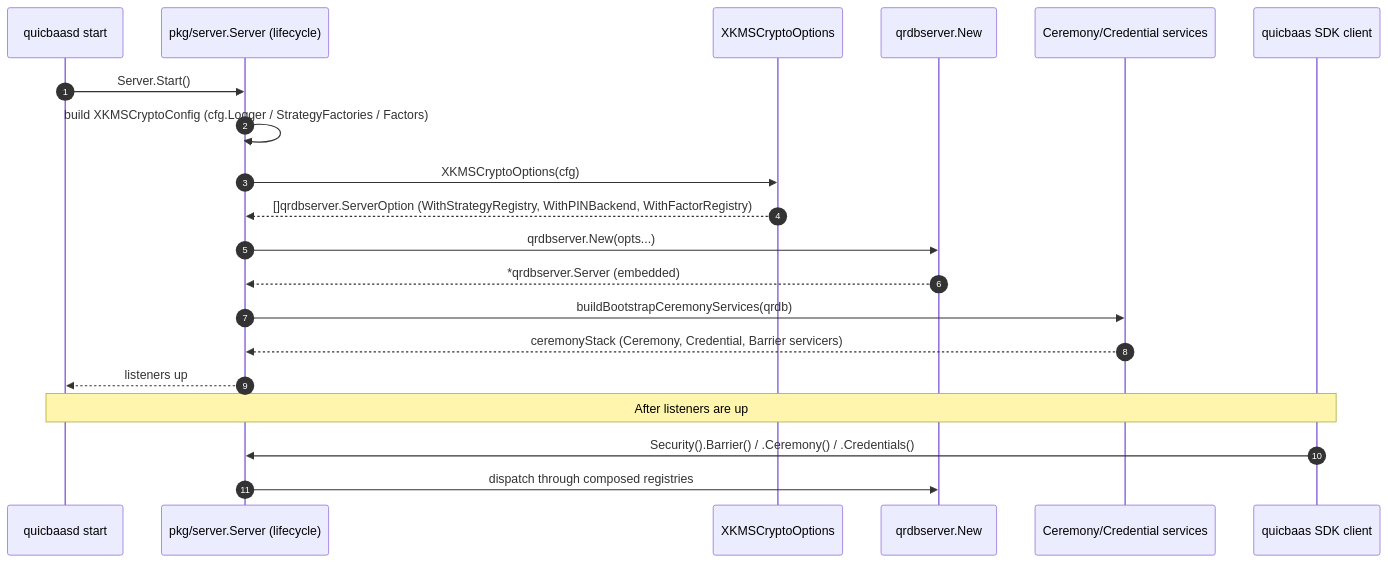
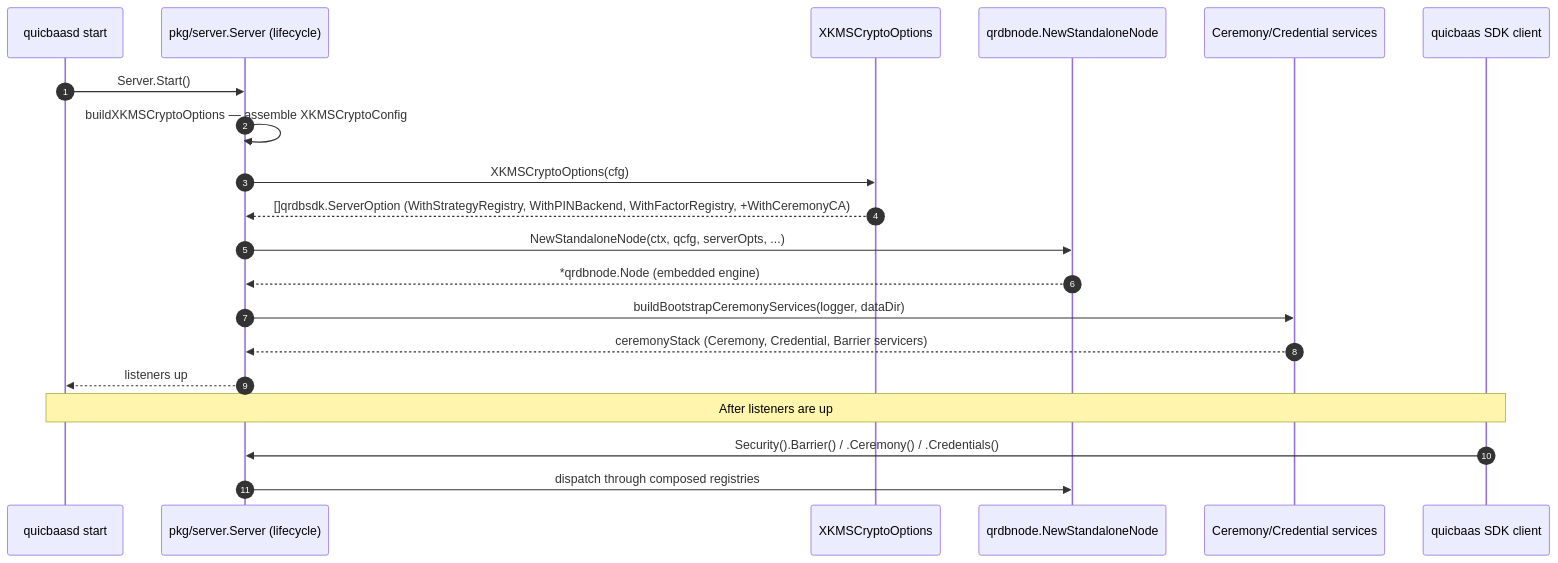
One commit to jeremyhahn/go-quicbaas changed the second of 2 diagrams in docs/architecture/composition.md. Above: the diagram before and after it, drawn with Mermaid. The commit also changed other lines of this file and 1016 other files, not shown here.

````diff
--- a/docs/architecture/composition.md
+++ b/docs/architecture/composition.md
@@ -311,24 +357,24 @@
 ```mermaid
 sequenceDiagram
     autonumber
     participant CLI as quicbaasd start
     participant LC as pkg/server.Server (lifecycle)
     participant Compose as XKMSCryptoOptions
-    participant QRDB as qrdbserver.New
+    participant QRDB as qrdbnode.NewStandaloneNode
     participant CC as Ceremony/Credential services
     participant SDK as quicbaas SDK client
 
     CLI->>LC: Server.Start()
-    LC->>LC: build XKMSCryptoConfig (cfg.Logger / StrategyFactories / Factors)
+    LC->>LC: buildXKMSCryptoOptions — assemble XKMSCryptoConfig
     LC->>Compose: XKMSCryptoOptions(cfg)
-    Compose-->>LC: []qrdbserver.ServerOption (WithStrategyRegistry, WithPINBackend, WithFactorRegistry)
-    LC->>QRDB: qrdbserver.New(opts...)
-    QRDB-->>LC: *qrdbserver.Server (embedded)
-    LC->>CC: buildBootstrapCeremonyServices(qrdb)
+    Compose-->>LC: []qrdbsdk.ServerOption (WithStrategyRegistry, WithPINBackend, WithFactorRegistry, +WithCeremonyCA)
+    LC->>QRDB: NewStandaloneNode(ctx, qcfg, serverOpts, ...)
+    QRDB-->>LC: *qrdbnode.Node (embedded engine)
+    LC->>CC: buildBootstrapCeremonyServices(logger, dataDir)
     CC-->>LC: ceremonyStack (Ceremony, Credential, Barrier servicers)
     LC-->>CLI: listeners up
 
     Note over CLI,SDK: After listeners are up
     SDK->>LC: Security().Barrier() / .Ceremony() / .Credentials()
     LC->>QRDB: dispatch through composed registries
 ```
````
